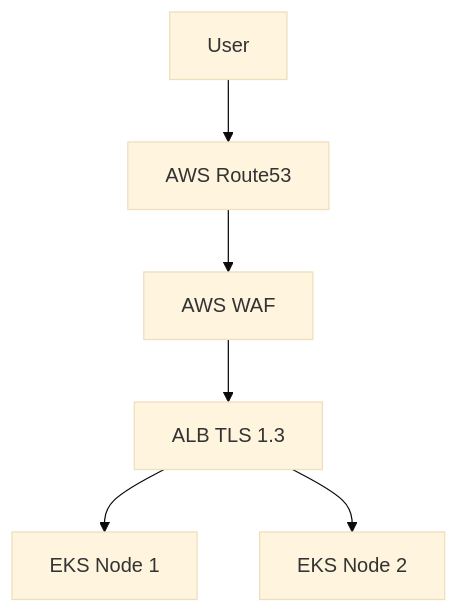
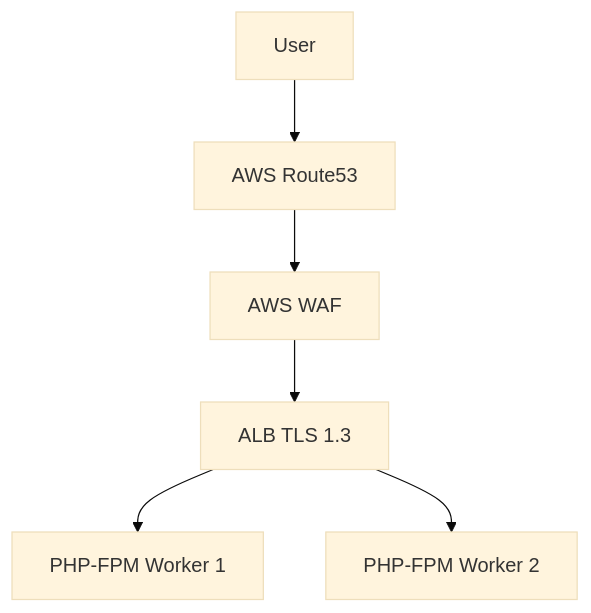
Before and after one commit to EL-STRIX/Finzo: the diagram in docs/01-Architecture/07-Infrastructure/Monitoring.md, drawn with Mermaid (base theme). The commit also changed other lines of this file and 217 other files, not shown here.

First line of the commit message:
docs(Architecture): Phase 4 Technical Validation and Enterprise Quality Audit

````diff
--- a/docs/01-Architecture/07-Infrastructure/Monitoring.md
+++ b/docs/01-Architecture/07-Infrastructure/Monitoring.md
@@ -38,8 +38,8 @@
 ```mermaid
 graph TD;
     A[User] --> B[AWS Route53];
     B --> C[AWS WAF];
     C --> D[ALB TLS 1.3];
-    D --> E[EKS Node 1];
-    D --> F[EKS Node 2];
+    D --> E[PHP-FPM Worker 1];
+    D --> F[PHP-FPM Worker 2];
 ```
````
